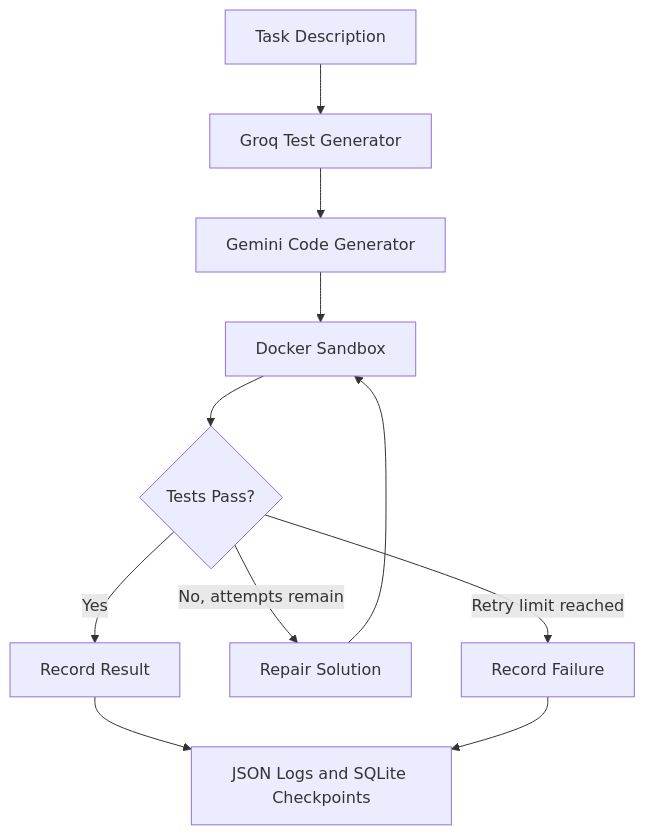
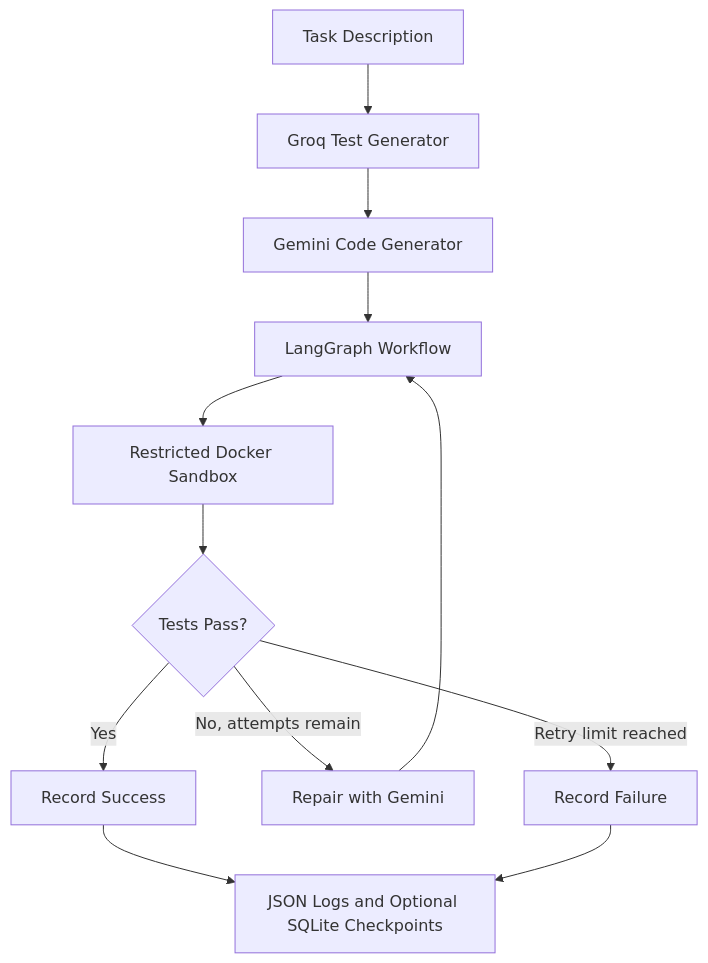
One commit to vishal0205/multi-agent-coding-assistant changed the diagram in README.md. Above: the diagram before and after it, drawn with Mermaid. The commit also changed other lines of this file, not shown here.

````diff
--- a/README.md
+++ b/README.md
@@ -22,13 +23,14 @@
 ```mermaid
 flowchart TD
     A[Task Description] --> B[Groq Test Generator]
     B --> C[Gemini Code Generator]
-    C --> D[Docker Sandbox]
-    D --> E{Tests Pass?}
-    E -->|Yes| F[Record Result]
-    E -->|No, attempts remain| G[Repair Solution]
-    G --> D
-    E -->|Retry limit reached| H[Record Failure]
-    F --> I[JSON Logs and SQLite Checkpoints]
-    H --> I
+    C --> D[LangGraph Workflow]
+    D --> E[Restricted Docker Sandbox]
+    E --> F{Tests Pass?}
+    F -->|Yes| G[Record Success]
+    F -->|No, attempts remain| H[Repair with Gemini]
+    H --> D
+    F -->|Retry limit reached| I[Record Failure]
+    G --> J[JSON Logs and Optional SQLite Checkpoints]
+    I --> J
 ```
````
